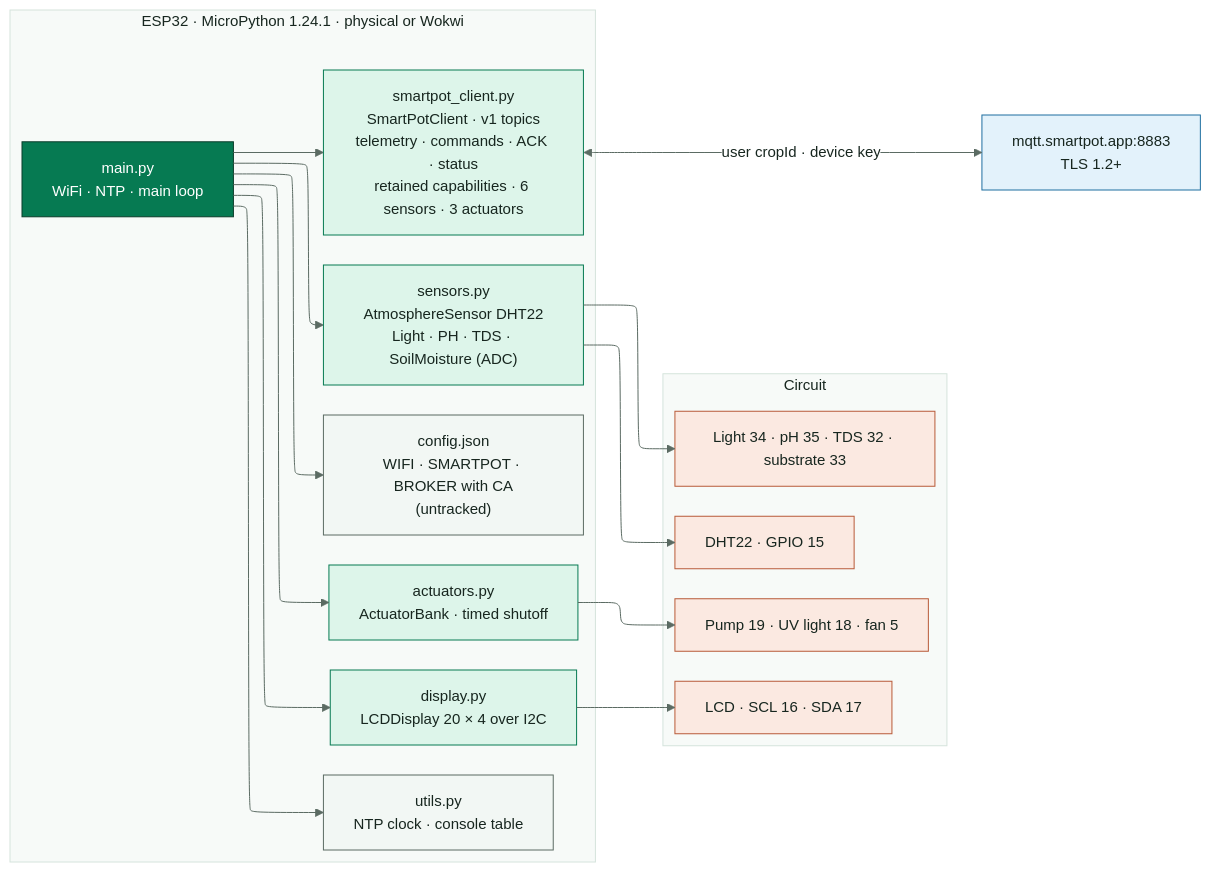
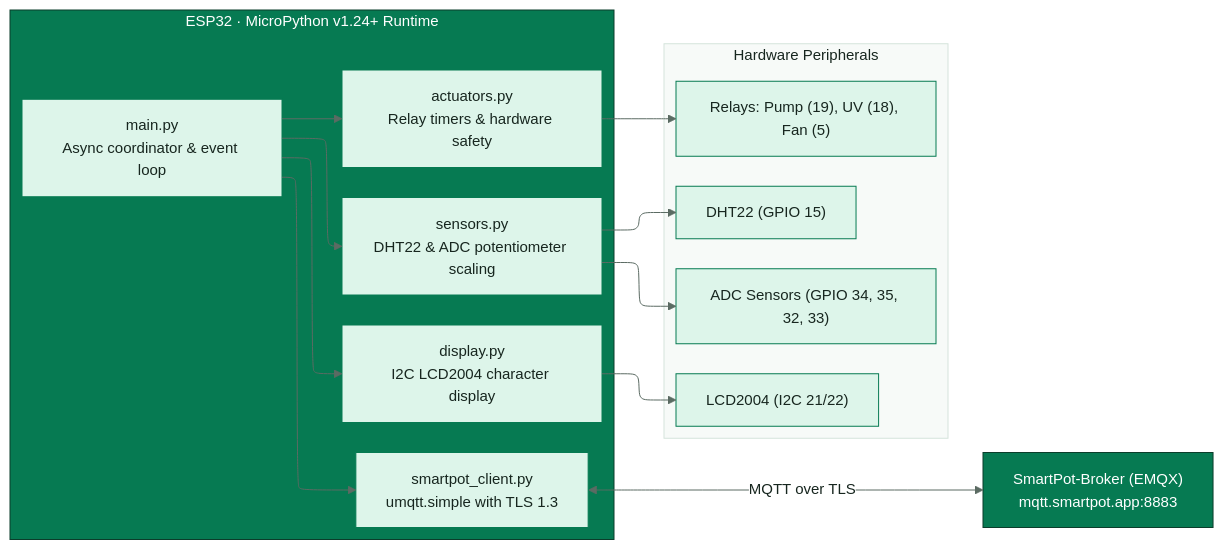
The first of 3 diagrams in docs/SmartPot_IoT_Documentation.md (SmartPotTech/SmartPot-IoT-Python), drawn with Mermaid before and after one commit. The commit also changed other lines of this file and 12 other files, not shown here.

Commit message:
docs(specs): synchronize 100% english documentation, diagrams, and formal deliverables

````diff
--- a/docs/SmartPot_IoT_Documentation.md
+++ b/docs/SmartPot_IoT_Documentation.md
@@ -45,39 +39,29 @@
 ```mermaid
 %%{init: {"theme": "base", "fontFamily": "Segoe UI, Arial, sans-serif", "themeVariables": {"fontFamily": "Segoe UI, Arial, sans-serif", "fontSize": "15px", "primaryColor": "#DDF5EA", "primaryTextColor": "#17261F", "primaryBorderColor": "#067A52", "secondaryColor": "#E3F2FB", "secondaryTextColor": "#17261F", "secondaryBorderColor": "#1F6FA0", "tertiaryColor": "#F2F7F4", "tertiaryTextColor": "#17261F", "tertiaryBorderColor": "#D5E3DC", "lineColor": "#5B6B63", "textColor": "#17261F", "mainBkg": "#DDF5EA", "nodeBorder": "#067A52", "clusterBkg": "#F7FAF8", "clusterBorder": "#D5E3DC", "edgeLabelBackground": "#FFFFFF", "actorBkg": "#067A52", "actorBorder": "#0B3D2B", "actorTextColor": "#FFFFFF", "actorLineColor": "#5B6B63", "signalColor": "#17261F", "signalTextColor": "#17261F", "labelBoxBkgColor": "#0B3D2B", "labelBoxBorderColor": "#0B3D2B", "labelTextColor": "#FFFFFF", "loopTextColor": "#0B3D2B", "noteBkgColor": "#FDF4DD", "noteBorderColor": "#C98D12", "noteTextColor": "#17261F", "activationBkgColor": "#DDF5EA", "activationBorderColor": "#067A52", "attributeBackgroundColorOdd": "#FFFFFF", "attributeBackgroundColorEven": "#F2F7F4"}, "layout": "elk", "elk": {"nodePlacementStrategy": "BRANDES_KOEPF", "mergeEdges": false, "cycleBreakingStrategy": "GREEDY"}}}%%
 flowchart LR
-  subgraph esp["ESP32 · MicroPython 1.24.1 · physical or Wokwi"]
+  broker["SmartPot-Broker (EMQX)<br/>mqtt.smartpot.app:8883"]
+  subgraph esp["ESP32 · MicroPython v1.24+ Runtime"]
     direction TB
-    main["main.py<br/>WiFi · NTP · main loop"]
-    config["config.json<br/>WIFI · SMARTPOT · BROKER with CA<br/>(untracked)"]
-    client["smartpot_client.py<br/>SmartPotClient · v1 topics<br/>telemetry · commands · ACK · status<br/>retained capabilities · 6 sensors · 3 actuators"]
-    sensors["sensors.py<br/>AtmosphereSensor DHT22<br/>Light · PH · TDS · SoilMoisture (ADC)"]
-    actuators["actuators.py<br/>ActuatorBank · timed shutoff"]
-    display["display.py<br/>LCDDisplay 20 × 4 over I2C"]
-    utils["utils.py<br/>NTP clock · console table"]
+    main["main.py<br/>Async coordinator & event loop"]
+    client["smartpot_client.py<br/>umqtt.simple with TLS 1.3"]
+    sensors["sensors.py<br/>DHT22 & ADC potentiometer scaling"]
+    actuators["actuators.py<br/>Relay timers & hardware safety"]
+    display["display.py<br/>I2C LCD2004 character display"]
   end
-  subgraph hw["Circuit"]
+  subgraph hw["Hardware Peripherals"]
     direction TB
-    dht["DHT22 · GPIO 15"]
-    adc["Light 34 · pH 35 · TDS 32 · substrate 33"]
-    outs["Pump 19 · UV light 18 · fan 5"]
-    lcd["LCD · SCL 16 · SDA 17"]
+    dht["DHT22 (GPIO 15)"]
+    adc["ADC Sensors (GPIO 34, 35, 32, 33)"]
+    relays["Relays: Pump (19), UV (18), Fan (5)"]
+    lcd["LCD2004 (I2C 21/22)"]
   end
-  broker["mqtt.smartpot.app:8883<br/>TLS 1.2+"]
-  main --> config & client & sensors & actuators & display & utils
+  main --> client & sensors & actuators & display
   sensors --> dht & adc
-  actuators --> outs
+  actuators --> relays
   display --> lcd
-  client <-->|"user cropId · device key"| broker
+  client <-->|"MQTT over TLS"| broker
+  classDef core fill:#067A52,stroke:#0B3D2B,color:#FFFFFF
   classDef leaf fill:#DDF5EA,stroke:#067A52,color:#17261F
-  classDef water fill:#E3F2FB,stroke:#1F6FA0,color:#17261F
-  classDef sun fill:#FDF4DD,stroke:#C98D12,color:#17261F
-  classDef clay fill:#FBE9E1,stroke:#B85A38,color:#17261F
-  classDef core fill:#067A52,stroke:#0B3D2B,color:#FFFFFF
-  classDef deep fill:#0B3D2B,stroke:#06281C,color:#FFFFFF
-  classDef muted fill:#F2F7F4,stroke:#5B6B63,color:#17261F
-  class main core
-  class config,utils muted
-  class client,sensors,actuators,display leaf
-  class dht,adc,outs,lcd clay
-  class broker water
+  class broker,esp core
+  class main,client,sensors,actuators,display leaf
 ```
````
